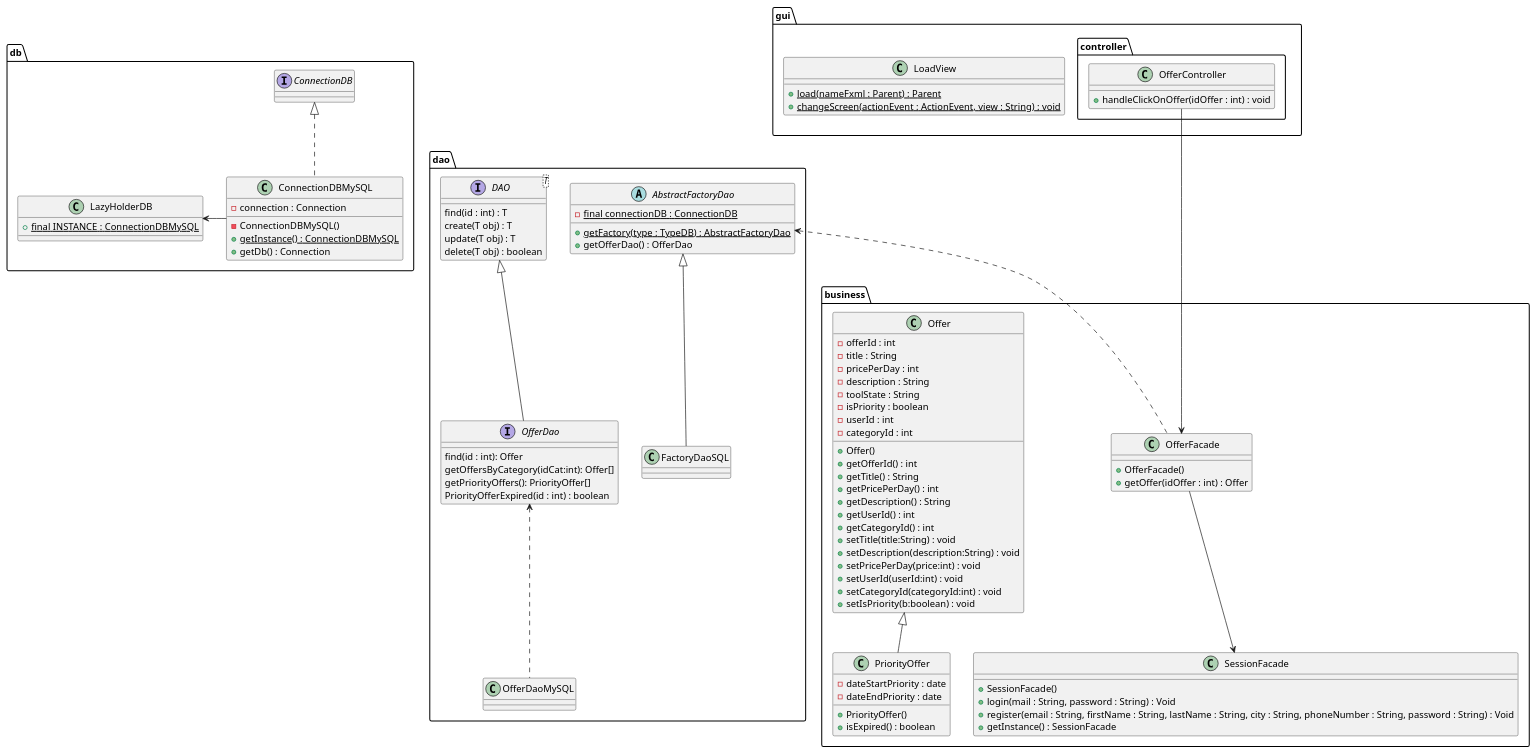
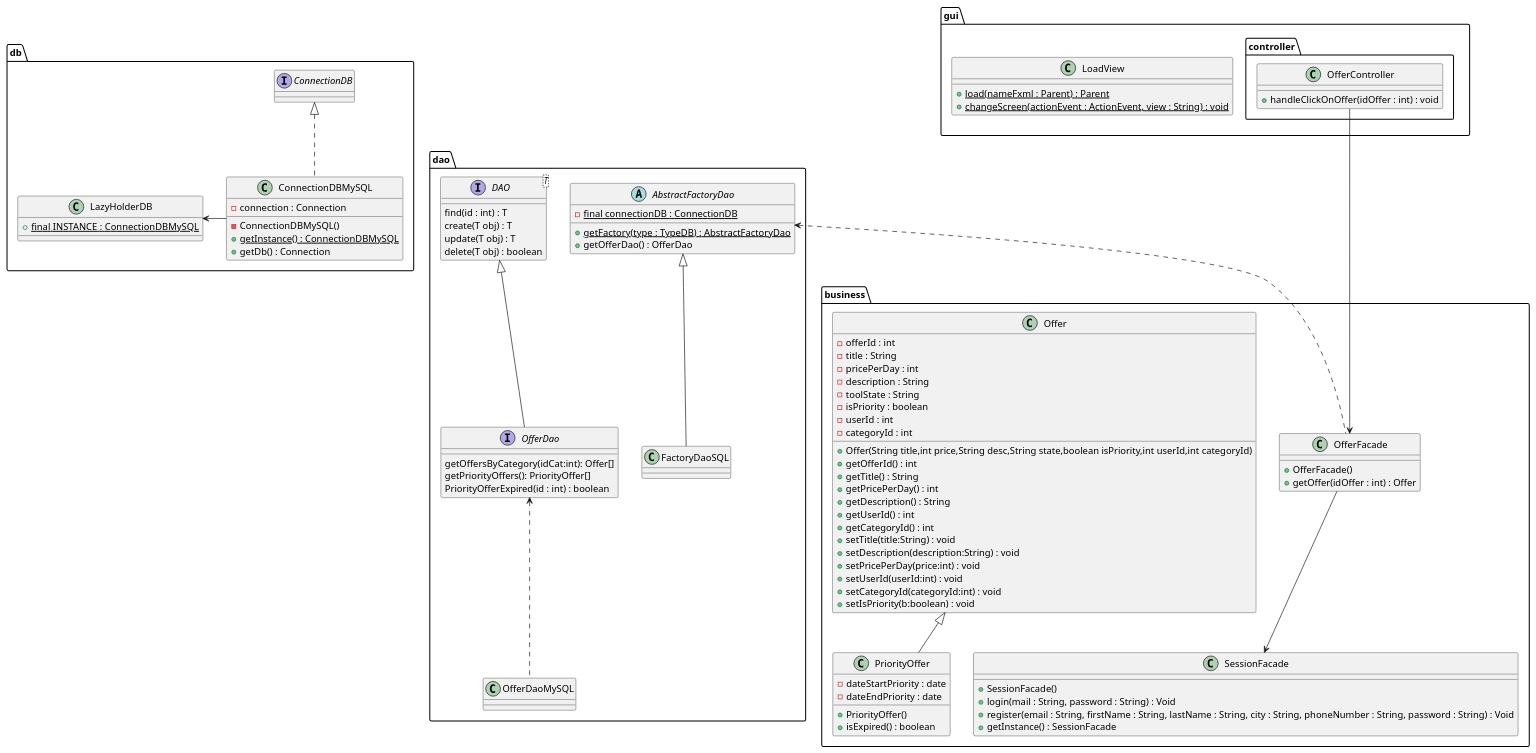
One commit to LaunoisRemy/ToolShare changed the diagram in documents/diagram/offer/displayOfferClass.puml. Above: the diagram before and after it, drawn with PlantUML. The commit also changed 2 other files, not shown here.

Commit message:
Class and sequence diagram updated for the OfferDisplay

```diff
--- a/documents/diagram/offer/displayOfferClass.puml
+++ b/documents/diagram/offer/displayOfferClass.puml
@@ -1,118 +1,117 @@
 @startuml
 
 package dao {
 
 
     interface OfferDao{
-        find(id : int): Offer
         getOffersByCategory(idCat:int): Offer[]
         getPriorityOffers(): PriorityOffer[]
         PriorityOfferExpired(id : int) : boolean
     }
     class OfferDaoMySQL
     AbstractFactoryDao <|-- FactoryDaoSQL
     OfferDao <.. OfferDaoMySQL
 
     interface DAO<T>{
         find(id : int) : T
         create(T obj) : T
         update(T obj) : T
         delete(T obj) : boolean
     }
 
     abstract AbstractFactoryDao{
         - {static} final connectionDB : ConnectionDB
         + {static} getFactory(type : TypeDB) : AbstractFactoryDao
         + getOfferDao() : OfferDao
     }
 
     class FactoryDaoSQL{
     }
 
 
     DAO <|-- OfferDao
 }
 package db{
     class ConnectionDBMySQL{
         - connection : Connection
         - ConnectionDBMySQL()
         + {static} getInstance() : ConnectionDBMySQL
         + getDb() : Connection
     }
 
     class LazyHolderDB{
         + {static} final INSTANCE : ConnectionDBMySQL
     }
     interface ConnectionDB
     ConnectionDBMySQL -Left-> LazyHolderDB
     ConnectionDBMySQL .up.|> ConnectionDB
 
 }
 package business{
     class OfferFacade{
     + OfferFacade()
     + getOffer(idOffer : int) : Offer
     }
     class SessionFacade{
         + SessionFacade()
         + login(mail : String, password : String) : Void
         + register(email : String, firstName : String, lastName : String, city : String, phoneNumber : String, password : String) : Void
         + getInstance() : SessionFacade
     }
 
     OfferFacade --> SessionFacade
     class Offer{
         -offerId : int
         -title : String
         -pricePerDay : int
         -description : String
         -toolState : String
         -isPriority : boolean
         -userId : int
         -categoryId : int
-        + Offer()
+        + Offer(String title,int price,String desc,String state,boolean isPriority,int userId,int categoryId)
         + getOfferId() : int
         + getTitle() : String
         + getPricePerDay() : int
         + getDescription() : String
         + getUserId() : int
         + getCategoryId() : int
         + setTitle(title:String) : void
         + setDescription(description:String) : void
         + setPricePerDay(price:int) : void
         + setUserId(userId:int) : void
         + setCategoryId(categoryId:int) : void
         + setIsPriority(b:boolean) : void
 
     }
 
     class PriorityOffer{
         -dateStartPriority : date
         -dateEndPriority : date
         +PriorityOffer()
         +isExpired() : boolean
     }
     Offer <|-- PriorityOffer
 
 
 }
 
 package gui{
 
     class LoadView{
         + {static} load(nameFxml : Parent) : Parent
         + {static} changeScreen(actionEvent : ActionEvent, view : String) : void
     }
 
     package controller{
         class OfferController{
             + handleClickOnOffer(idOffer : int) : void
         }
     }
 }
 OfferFacade <--Up- OfferController
 OfferFacade .Up.> AbstractFactoryDao
 
 
 
 @enduml
```
